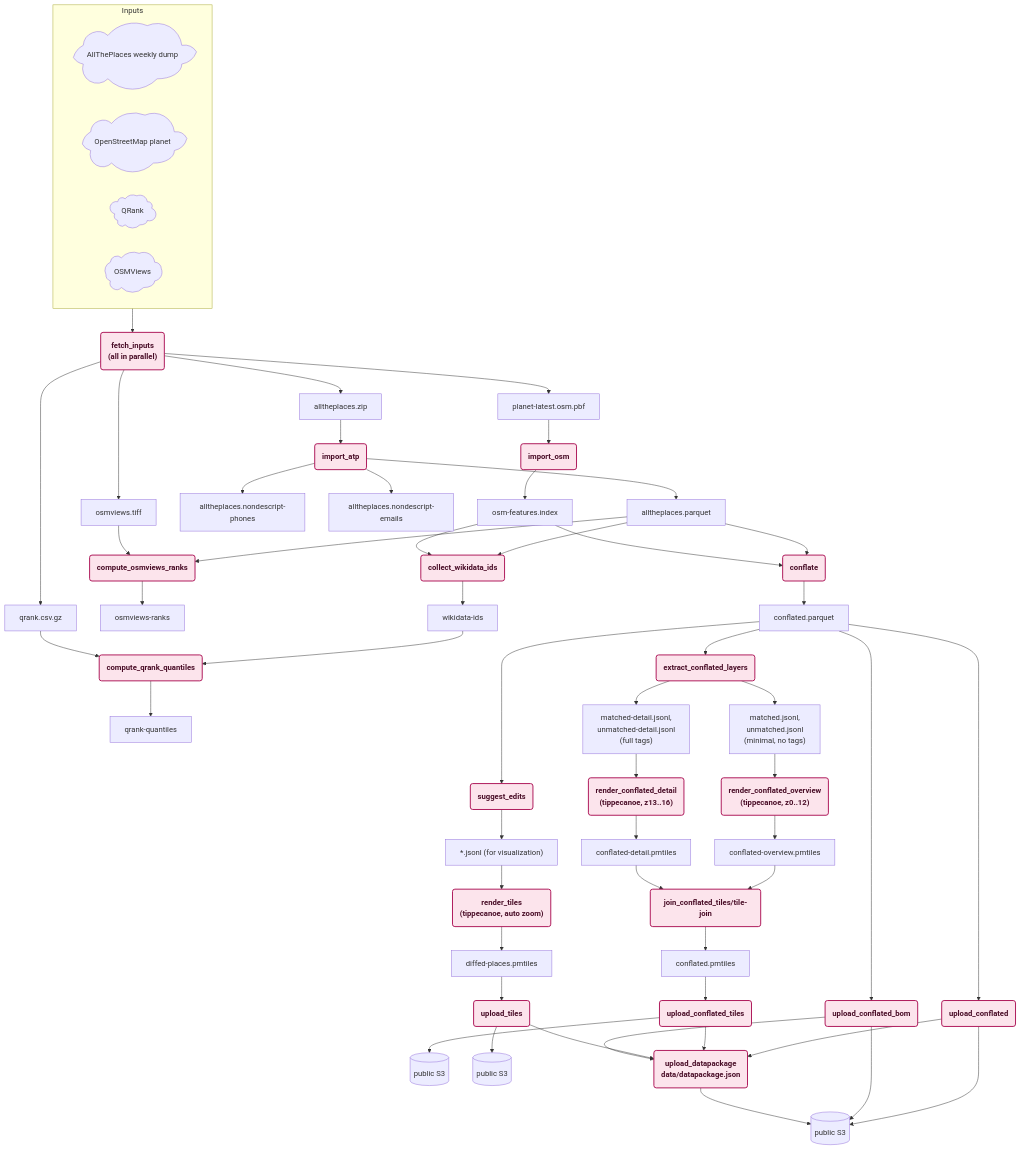
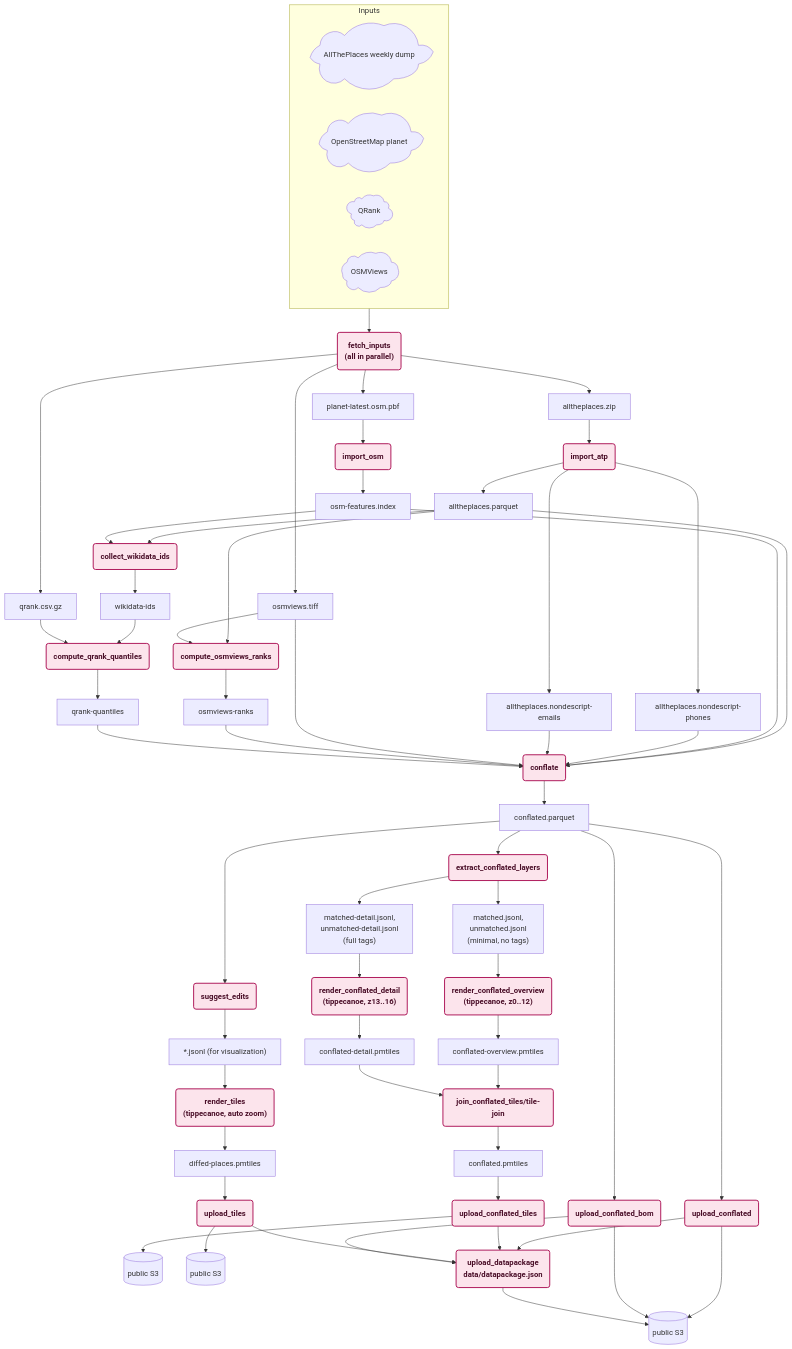
Before and after one commit to brawer/osmdiffs: the diagram in docs/TECHNICAL_DESIGN.md, drawn with Mermaid. The commit also changed other lines of this file and 12 other files, not shown here.

````diff
--- a/docs/TECHNICAL_DESIGN.md
+++ b/docs/TECHNICAL_DESIGN.md
@@ -177,63 +177,68 @@
 ```mermaid
 graph TD
     ATP_SRC@{ shape: cloud, label: "AllThePlaces weekly dump" }
     OSM_SRC@{ shape: cloud, label: "OpenStreetMap planet" }
     QRANK_SRC@{ shape: cloud, label: "QRank" }
     OSMVIEWS_SRC@{ shape: cloud, label: "OSMViews" }
 
     subgraph INPUTS [Inputs]
         ATP_SRC
         OSM_SRC
         QRANK_SRC
         OSMVIEWS_SRC
     end
     INPUTS --> FETCH_INPUTS("fetch_inputs<br/>(all in parallel)")
     FETCH_INPUTS --> ATP_ZIP[alltheplaces.zip]
     FETCH_INPUTS --> OSM_PBF[planet-latest.osm.pbf]
     FETCH_INPUTS --> QRANK_CSV[qrank.csv.gz]
     FETCH_INPUTS --> OSMVIEWS_TIFF[osmviews.tiff]
 
     ATP_ZIP --> IMPORT_ATP(import_atp) --> ATP_PARQUET[alltheplaces.parquet]
     IMPORT_ATP --> NONDESCRIPT_PHONES[alltheplaces.nondescript-phones]
     IMPORT_ATP --> NONDESCRIPT_EMAILS[alltheplaces.nondescript-emails]
     ATP_PARQUET --> OSMVIEWS_RANKS(compute_osmviews_ranks)
     OSMVIEWS_TIFF --> OSMVIEWS_RANKS
     OSMVIEWS_RANKS --> OSMVIEWS_R[osmviews-ranks]
 
     OSM_PBF --> IMPORT_OSM(import_osm) --> OSM_INDEX[osm-features.index]
 
     ATP_PARQUET --> COLLECT_WIKI(collect_wikidata_ids)
     OSM_INDEX --> COLLECT_WIKI
     COLLECT_WIKI --> WIKIDATA[wikidata-ids]
     WIKIDATA --> QRANK_QUANTILES(compute_qrank_quantiles)
     QRANK_CSV --> QRANK_QUANTILES
     QRANK_QUANTILES --> QRANK_Q[qrank-quantiles]
 
     ATP_PARQUET --> CONFLATE(conflate)
     OSM_INDEX --> CONFLATE
+    NONDESCRIPT_PHONES --> CONFLATE
+    NONDESCRIPT_EMAILS --> CONFLATE
+    OSMVIEWS_TIFF --> CONFLATE
+    OSMVIEWS_R --> CONFLATE
+    QRANK_Q --> CONFLATE
     CONFLATE --> CONFLATED[conflated.parquet]
     CONFLATED --> UPLOAD_CONFLATED(upload_conflated) --> S3A[("public S3")]
 
     CONFLATED --> EXTRACT_CONFLATED_LAYERS(extract_conflated_layers)
     EXTRACT_CONFLATED_LAYERS --> OVERVIEW_LAYERS["matched.jsonl,<br/>unmatched.jsonl<br/>(minimal, no tags)"]
     EXTRACT_CONFLATED_LAYERS --> DETAIL_LAYERS["matched-detail.jsonl,<br/>unmatched-detail.jsonl<br/>(full tags)"]
     OVERVIEW_LAYERS --> RENDER_CONFLATED_OVERVIEW("render_conflated_overview<br/>(tippecanoe, z0..12)") --> OVERVIEW_PMTILES[conflated-overview.pmtiles]
     DETAIL_LAYERS --> RENDER_CONFLATED_DETAIL("render_conflated_detail<br/>(tippecanoe, z13..16)") --> DETAIL_PMTILES[conflated-detail.pmtiles]
     OVERVIEW_PMTILES --> JOIN_CONFLATED_TILES(join_conflated_tiles/tile-join)
     DETAIL_PMTILES --> JOIN_CONFLATED_TILES
     JOIN_CONFLATED_TILES --> CONFLATED_PMTILES[conflated.pmtiles]
     CONFLATED_PMTILES --> UPLOAD_CONFLATED_TILES(upload_conflated_tiles) --> S3C[("public S3")]
 
     CONFLATED --> SUGGEST_EDITS(suggest_edits) --> LAYERS["*.jsonl (for visualization)"]
     LAYERS --> RENDER_TILES("render_tiles<br/>(tippecanoe, auto zoom)") --> PMTILES[diffed-places.pmtiles]
     PMTILES --> UPLOAD_TILES(upload_tiles) --> S3B[("public S3")]
 
     CONFLATED --> UPLOAD_BOM(upload_conflated_bom) --> S3A
     UPLOAD_CONFLATED --> UPLOAD_DATAPACKAGE
     UPLOAD_CONFLATED_TILES --> UPLOAD_DATAPACKAGE
     UPLOAD_TILES --> UPLOAD_DATAPACKAGE
     UPLOAD_BOM --> UPLOAD_DATAPACKAGE(upload_datapackage<br/>data/datapackage.json) --> S3A
 
     classDef process fill:#fce4ec,stroke:#ad1457,stroke-width:2px,color:#4a0e28,font-weight:bold;
     class FETCH_INPUTS,IMPORT_ATP,OSMVIEWS_RANKS,COLLECT_WIKI,QRANK_QUANTILES,IMPORT_OSM,CONFLATE,UPLOAD_CONFLATED,EXTRACT_CONFLATED_LAYERS,RENDER_CONFLATED_OVERVIEW,RENDER_CONFLATED_DETAIL,JOIN_CONFLATED_TILES,UPLOAD_CONFLATED_TILES,SUGGEST_EDITS,RENDER_TILES,UPLOAD_TILES,UPLOAD_BOM,UPLOAD_DATAPACKAGE process;
 ```
````
